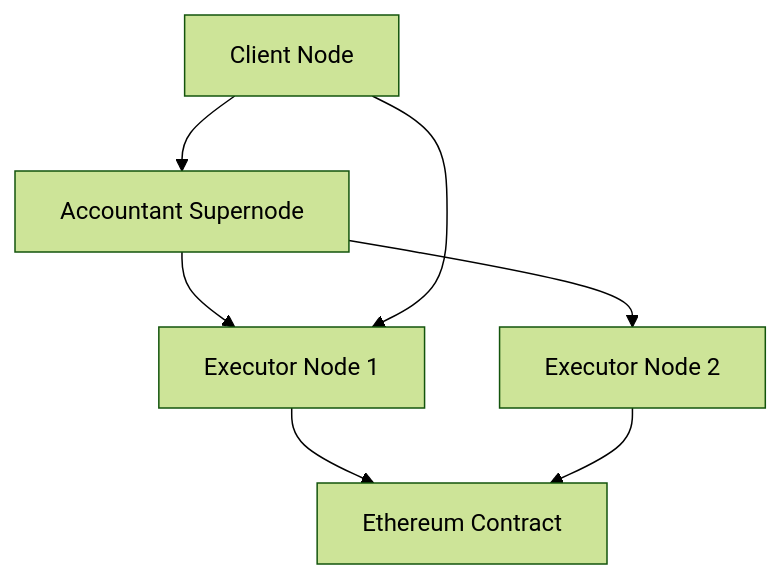
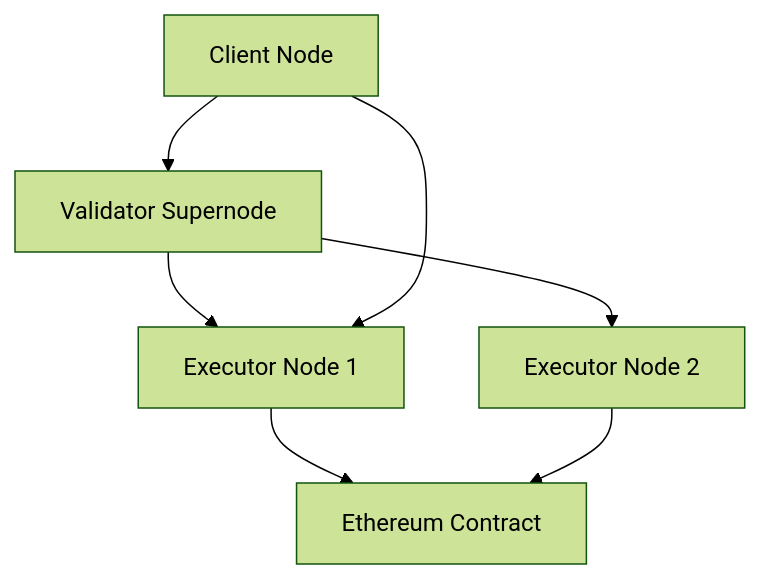
Before and after one commit to dexloom/lloom: the diagram in README.md, drawn with Mermaid (forest theme). The commit also changed other lines of this file and 13 other files, not shown here.

First line of the commit message:
Comprehensive rename: Replace 'accountant' with 'validator' across entire project

````diff
--- a/README.md
+++ b/README.md
@@ -13,9 +13,9 @@
 ```mermaid
 graph TD
-    Client[Client Node] --> Accountant[Accountant Supernode]
-    Accountant --> Executor1[Executor Node 1]
-    Accountant --> Executor2[Executor Node 2]
+    Client[Client Node] --> Validator[Validator Supernode]
+    Validator --> Executor1[Executor Node 1]
+    Validator --> Executor2[Executor Node 2]
     Client --> Executor1
     Executor1 --> Blockchain[Ethereum Contract]
     Executor2 --> Blockchain
 ```
````
